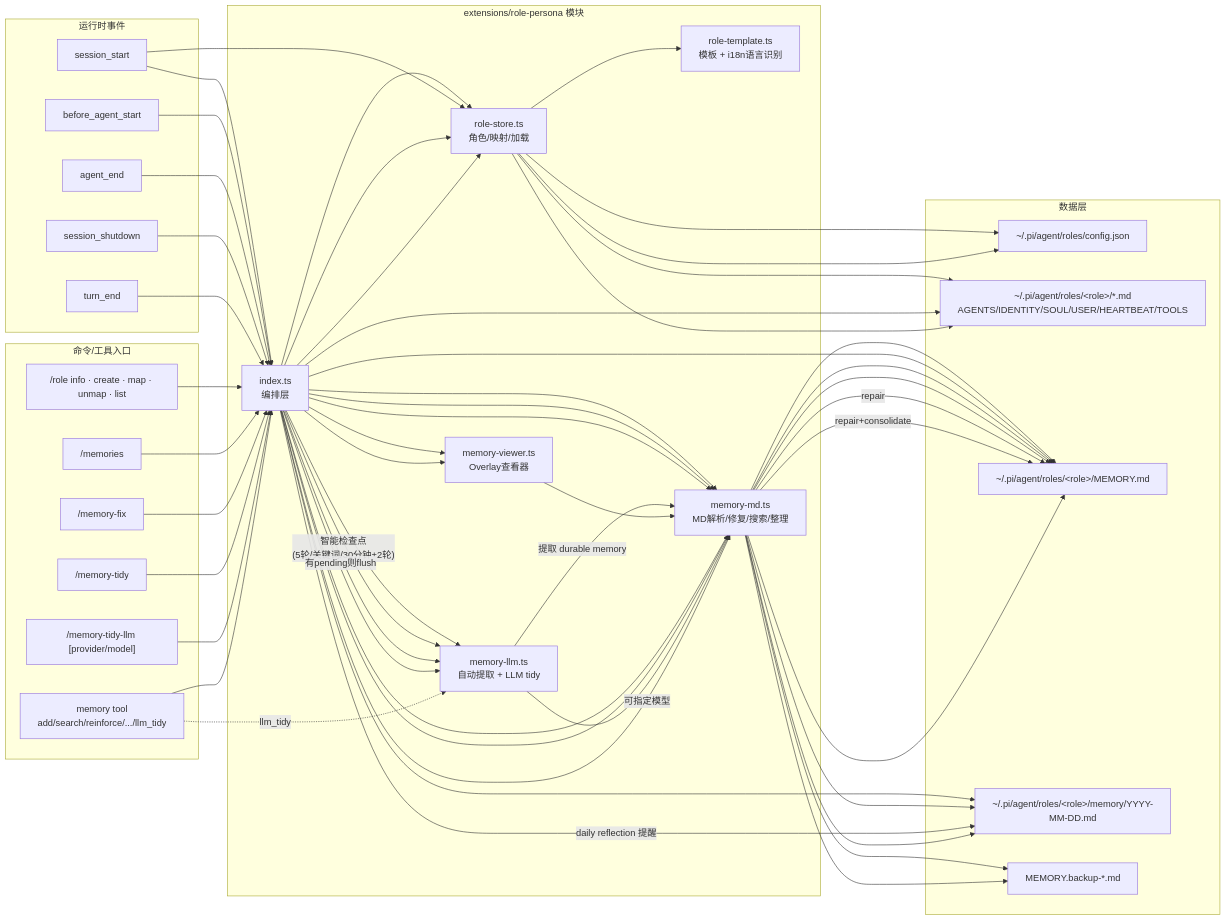
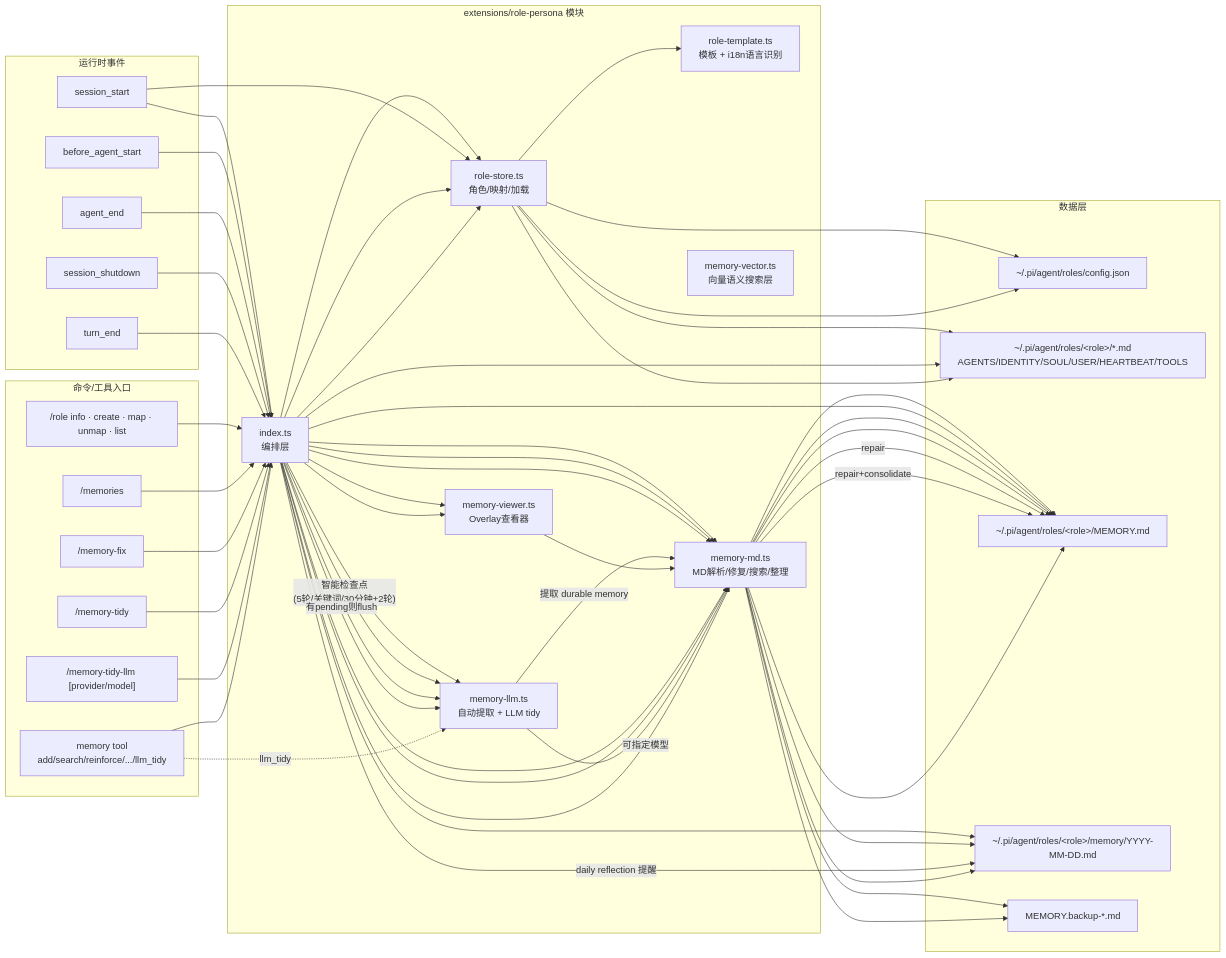
One commit to Dwsy/agent changed the diagram in extensions/role-persona/ARCHITECTURE.md. Above: the diagram before and after it, drawn with Mermaid. The commit also changed 2 other files, not shown here.

Commit message:
docs(role-persona): update changelog, architecture, and gitignore for vector memory
- CHANGELOG.md: document 2026-02-16 vector memory feature
- ARCHITECTURE.md: add memory-vector.ts to module diagram
- .gitignore: exclude .vector-db/ directories

```diff
--- a/extensions/role-persona/ARCHITECTURE.md
+++ b/extensions/role-persona/ARCHITECTURE.md
@@ -13,6 +13,7 @@
     MMD["memory-md.ts<br/>MD解析/修复/搜索/整理"]
     MLLM["memory-llm.ts<br/>自动提取 + LLM tidy"]
     MVIEW["memory-viewer.ts<br/>Overlay查看器"]
+    MVEC["memory-vector.ts<br/>向量语义搜索层"]
   end
 
   subgraph E["运行时事件"]
```
